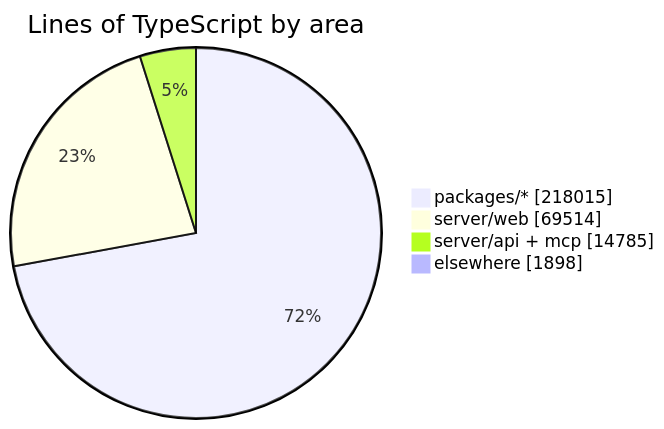
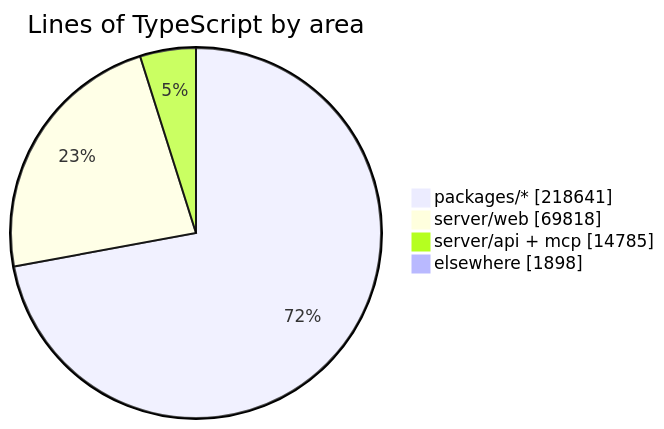
One commit to crossworks-engineering/mantle changed the diagram in README.md. Above: the diagram before and after it, drawn with Mermaid. The commit also changed other lines of this file and 2 other files, not shown here.

````diff
--- a/README.md
+++ b/README.md
@@ -287,7 +287,7 @@
 ```mermaid
 pie showData title Lines of TypeScript by area
-    "packages/*" : 218015
-    "server/web" : 69514
+    "packages/*" : 218641
+    "server/web" : 69818
     "server/api + mcp" : 14785
     "elsewhere" : 1898
 ```
````
